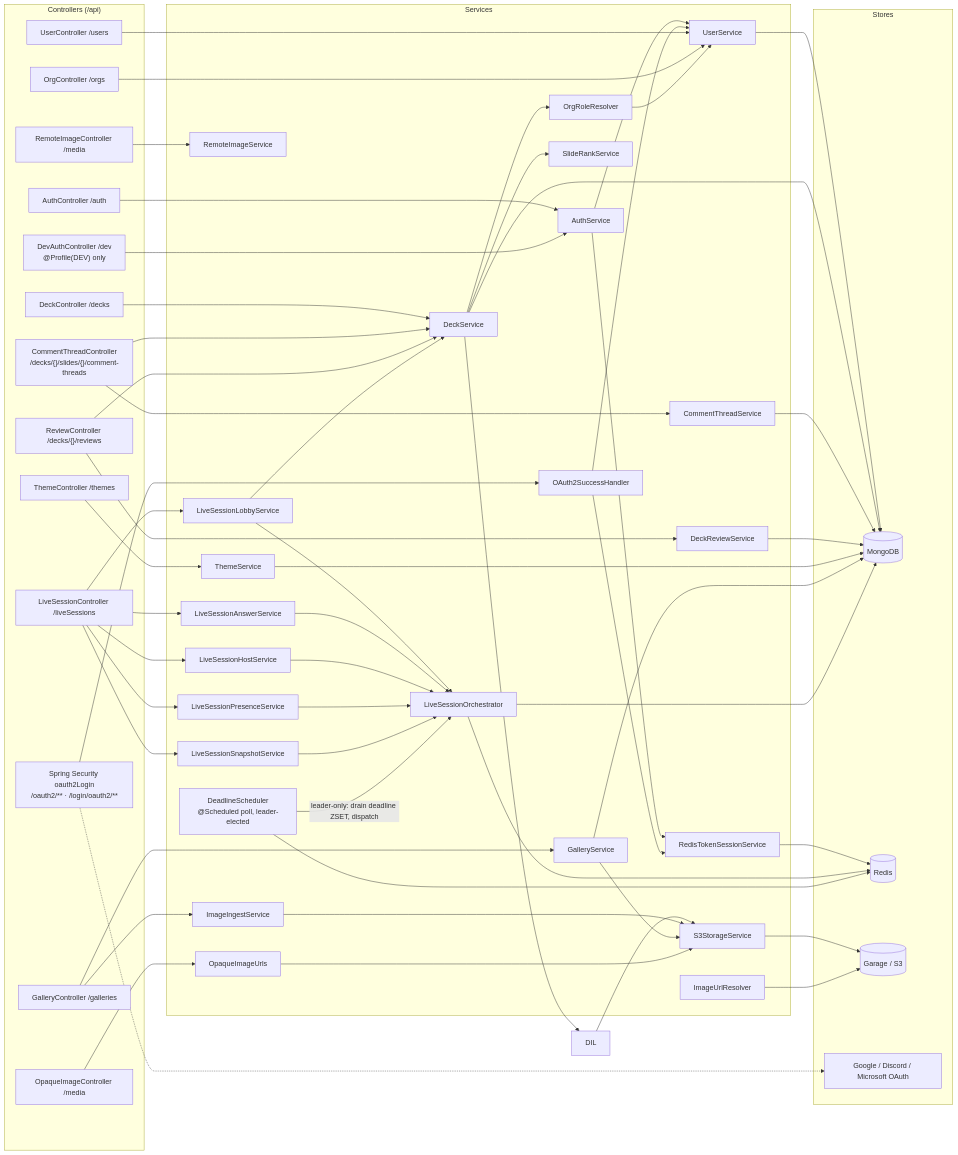
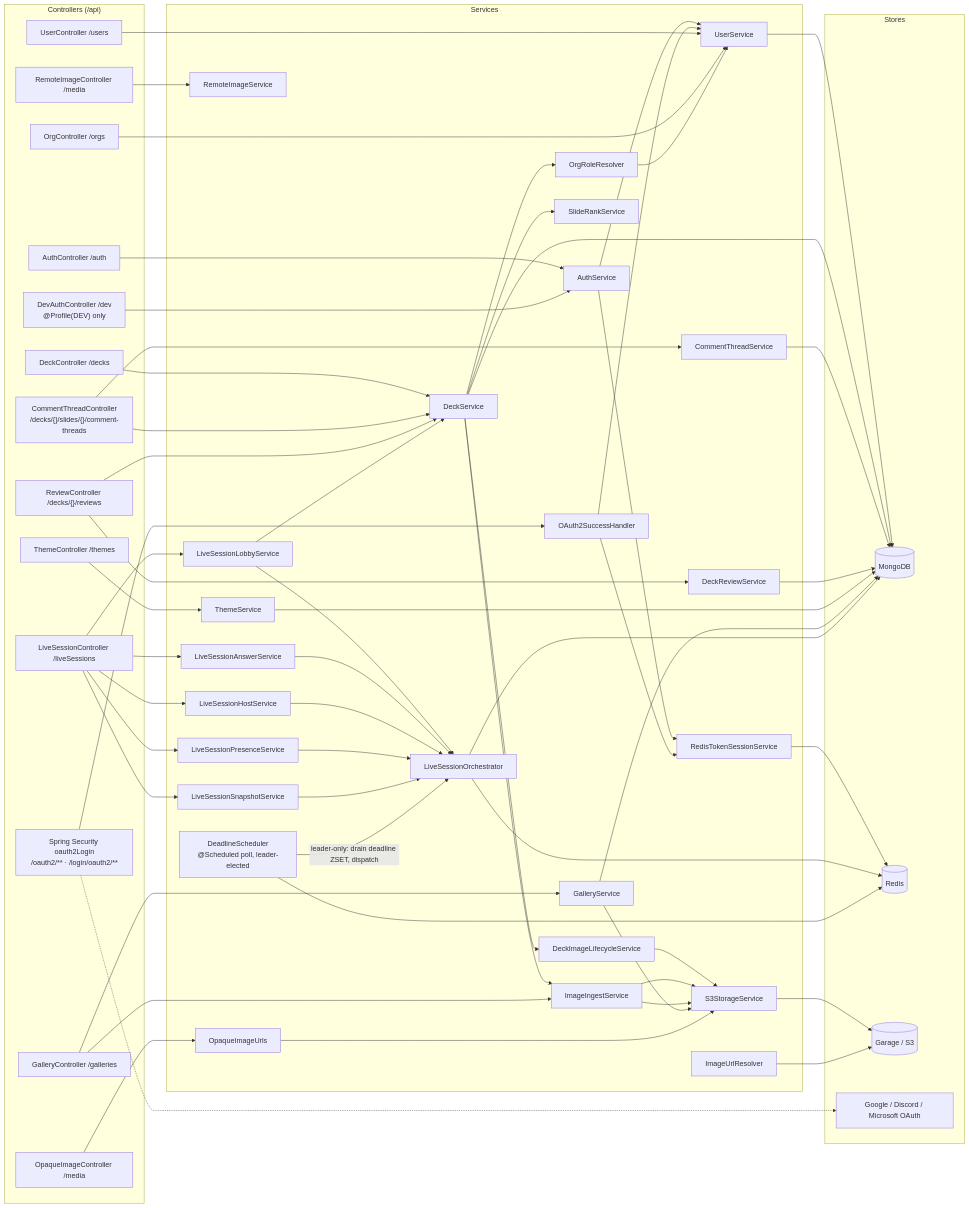
One commit to Saganaut/ambi changed the first of 2 diagrams in z-docs/diagrams/backend-services.md. Above: the diagram before and after it, drawn with Mermaid. The commit also changed 7 other files, not shown here.

```diff
--- a/z-docs/diagrams/backend-services.md
+++ b/z-docs/diagrams/backend-services.md
@@ -52,6 +52,7 @@
         S3["S3StorageService"]
         IUR["ImageUrlResolver"]
         OIU["OpaqueImageUrls"]
+        DIL["DeckImageLifecycleService"]
     end
 
     subgraph stores["Stores"]
@@ -72,6 +73,7 @@
     DECK --> DS --> MONGO
     DS --> SR
     DS --> DIL --> S3
+    DS --> IIS --> S3
     DS --> ORR --> USVC
     COMMENT --> CS --> MONGO
     COMMENT --> DS
```
